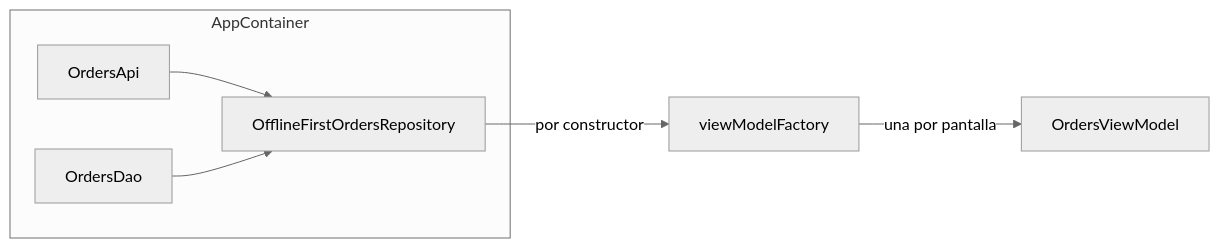
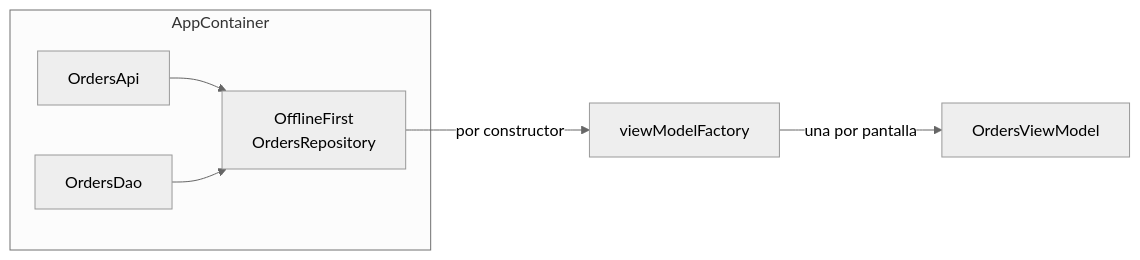
Before and after one commit to Hacybeyker/agent-skills: the diagram in skills/hb-coach/assets/ejemplo/hilt/lecciones/1.2-di-manual-constructor-contenedor-y-fabricas.md, drawn with Mermaid (neutral theme). The commit also changed other lines of this file and 7 other files, not shown here.

````diff
--- a/skills/hb-coach/assets/ejemplo/hilt/lecciones/1.2-di-manual-constructor-contenedor-y-fabricas.md
+++ b/skills/hb-coach/assets/ejemplo/hilt/lecciones/1.2-di-manual-constructor-contenedor-y-fabricas.md
@@ -122,12 +161,12 @@
 ```mermaid
 flowchart LR
     subgraph c["AppContainer"]
         api["OrdersApi"]
         dao["OrdersDao"]
-        repo["OfflineFirstOrdersRepository"]
+        repo["OfflineFirst<br/>OrdersRepository"]
     end
     api --> repo
     dao --> repo
     repo -->|"por constructor"| f["viewModelFactory"]
     f -->|"una por pantalla"| vm["OrdersViewModel"]
 ```
````
